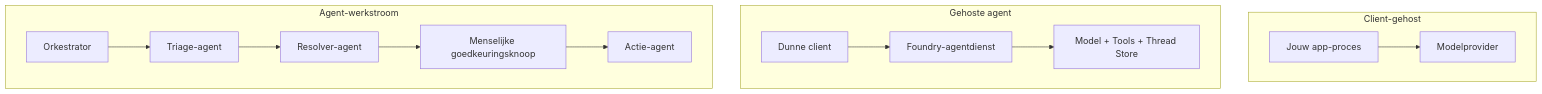
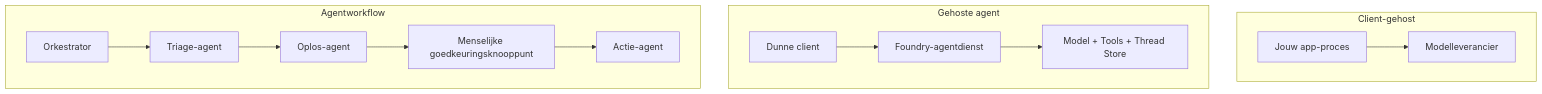
One commit to gabrielmoreira/agent-skills-mirror changed the first of 4 diagrams in mirrors/repos/microsoft@ai-agents-for-beginners/translations/nl/16-deploying-scalable-agents/README.md. Above: the diagram before and after it, drawn with Mermaid. The commit also changed other lines of this file and 4262 other files, not shown here.

````diff
--- a/mirrors/repos/microsoft@ai-agents-for-beginners/translations/nl/16-deploying-scalable-agents/README.md
+++ b/mirrors/repos/microsoft@ai-agents-for-beginners/translations/nl/16-deploying-scalable-agents/README.md
@@ -87,16 +87,16 @@
 ```mermaid
 flowchart TB
     subgraph P1[Client-gehost]
-        A1[Jouw app-proces] --> M1[Modelprovider]
+        A1[Jouw app-proces] --> M1[Modelleverancier]
     end
     subgraph P2[Gehoste agent]
         A2[Dunne client] --> F2[Foundry-agentdienst]
         F2 --> M2[Model + Tools + Thread Store]
     end
-    subgraph P3[Agent-werkstroom]
+    subgraph P3[Agentworkflow]
         A3[Orkestrator] --> S1[Triage-agent]
-        S1 --> S2[Resolver-agent]
-        S2 --> H[Menselijke goedkeuringsknoop]
+        S1 --> S2[Oplos-agent]
+        S2 --> H[Menselijke goedkeuringsknooppunt]
         H --> S3[Actie-agent]
     end
 ```
````
